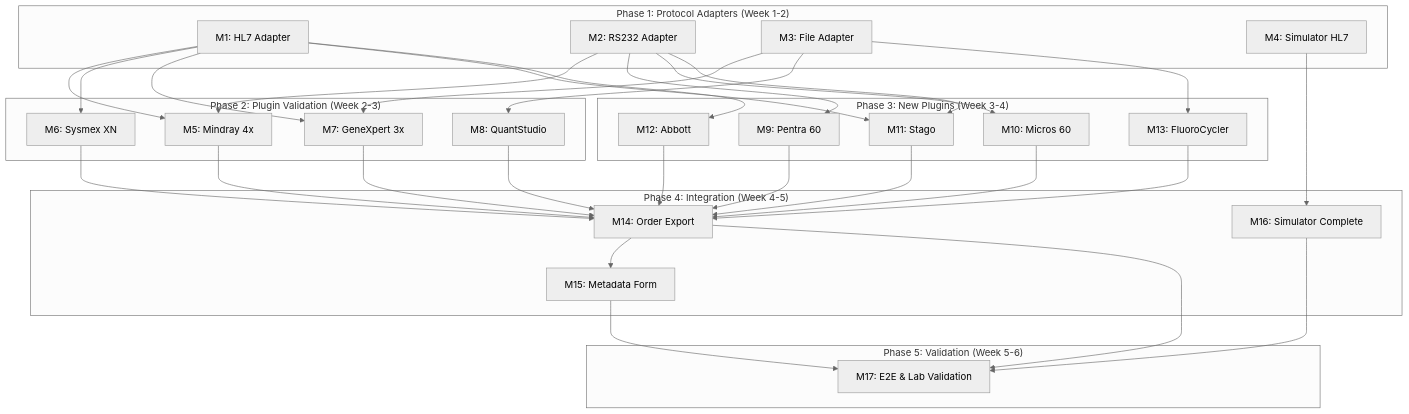
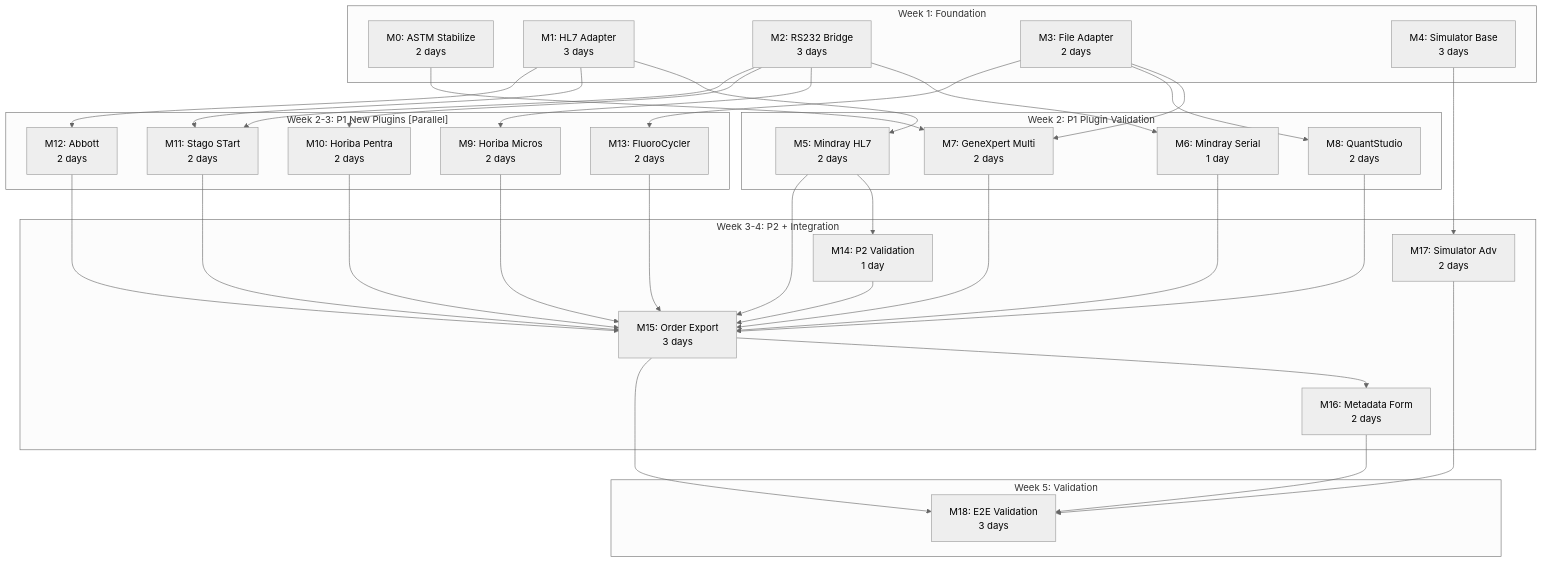
The diagram in specs/011-madagascar-analyzer-integration/plan.md (DIGI-UW/OpenELIS-Global-2), drawn with Mermaid (neutral theme) before and after one commit. The commit also changed other lines of this file and 3 other files, not shown here.

````diff
--- a/specs/011-madagascar-analyzer-integration/plan.md
+++ b/specs/011-madagascar-analyzer-integration/plan.md
@@ -125,66 +182,76 @@
 ```mermaid
 graph TD
-    subgraph "Phase 1: Protocol Adapters (Week 1-2)"
-        M1[M1: HL7 Adapter]
-        M2[M2: RS232 Adapter]
-        M3[M3: File Adapter]
-        M4[M4: Simulator HL7]
+    subgraph "Week 1: Foundation"
+        M0[M0: ASTM Stabilize<br/>2 days]
+        M1[M1: HL7 Adapter<br/>3 days]
+        M2[M2: RS232 Bridge<br/>3 days]
+        M3[M3: File Adapter<br/>2 days]
+        M4[M4: Simulator Base<br/>3 days]
     end
 
-    subgraph "Phase 2: Plugin Validation (Week 2-3)"
-        M5[M5: Mindray 4x]
-        M6[M6: Sysmex XN]
-        M7[M7: GeneXpert 3x]
-        M8[M8: QuantStudio]
+    subgraph "Week 2: P1 Plugin Validation"
+        M5[M5: Mindray HL7<br/>2 days]
+        M6[M6: Mindray Serial<br/>1 day]
+        M7[M7: GeneXpert Multi<br/>2 days]
+        M8[M8: QuantStudio<br/>2 days]
     end
 
-    subgraph "Phase 3: New Plugins (Week 3-4)"
-        M9[M9: Pentra 60]
-        M10[M10: Micros 60]
-        M11[M11: Stago]
-        M12[M12: Abbott]
-        M13[M13: FluoroCycler]
+    subgraph "Week 2-3: P1 New Plugins [Parallel]"
+        M9[M9: Horiba Micros<br/>2 days]
+        M10[M10: Horiba Pentra<br/>2 days]
+        M11[M11: Stago STart<br/>2 days]
+        M12[M12: Abbott<br/>2 days]
+        M13[M13: FluoroCycler<br/>2 days]
     end
 
-    subgraph "Phase 4: Integration (Week 4-5)"
-        M14[M14: Order Export]
-        M15[M15: Metadata Form]
-        M16[M16: Simulator Complete]
+    subgraph "Week 3-4: P2 + Integration"
+        M14[M14: P2 Validation<br/>1 day]
+        M15[M15: Order Export<br/>3 days]
+        M16[M16: Metadata Form<br/>2 days]
+        M17[M17: Simulator Adv<br/>2 days]
     end
 
-    subgraph "Phase 5: Validation (Week 5-6)"
-        M17[M17: E2E & Lab Validation]
+    subgraph "Week 5: Validation"
+        M18[M18: E2E Validation<br/>3 days]
     end
 
+    %% Workstream A: ASTM
+    M0 --> M7
+
+    %% Workstream B: HL7
     M1 --> M5
-    M1 --> M6
-    M1 --> M7
     M1 --> M11
     M1 --> M12
+    M5 --> M14
 
-    M2 --> M5
+    %% Workstream C: RS232 Bridge
+    M2 --> M6
     M2 --> M9
     M2 --> M10
     M2 --> M11
 
+    %% Workstream D: File
     M3 --> M7
     M3 --> M8
     M3 --> M13
 
-    M4 --> M16
+    %% Workstream E: Simulator
+    M4 --> M17
 
-    M5 --> M14
-    M6 --> M14
-    M7 --> M14
-    M8 --> M14
-    M9 --> M14
-    M10 --> M14
-    M11 --> M14
-    M12 --> M14
-    M13 --> M14
+    %% Integration dependencies
+    M5 --> M15
+    M6 --> M15
+    M7 --> M15
+    M8 --> M15
+    M9 --> M15
+    M10 --> M15
+    M11 --> M15
+    M12 --> M15
+    M13 --> M15
+    M14 --> M15
 
-    M14 --> M15
-    M14 --> M17
-    M15 --> M17
-    M16 --> M17
+    M15 --> M16
+    M15 --> M18
+    M16 --> M18
+    M17 --> M18
 ```
````
